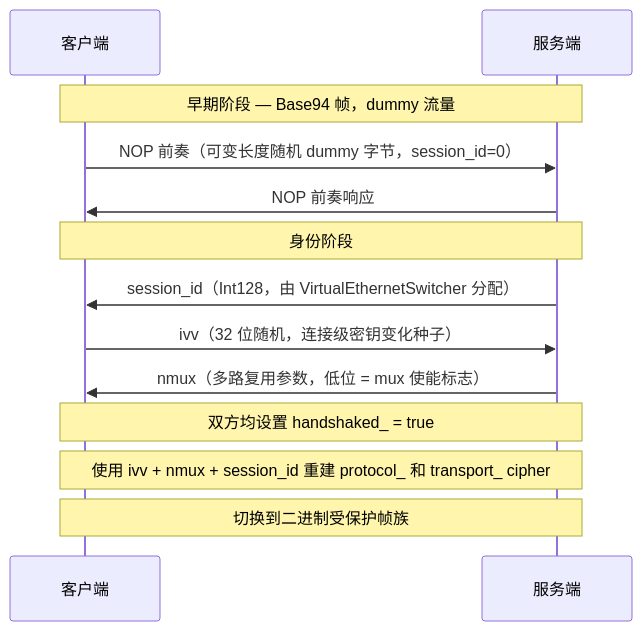
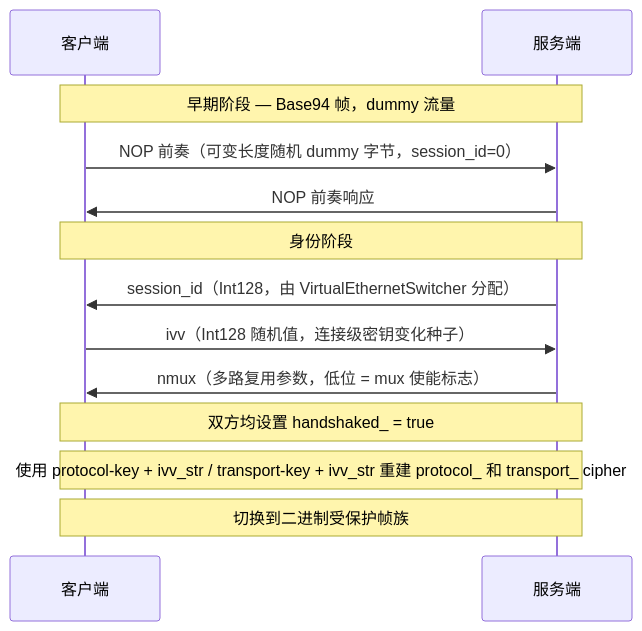
Before and after one commit to HyacinthHaru/openppp2: the third of 7 diagrams in docs/SECURITY_CN.md, drawn with Mermaid. The commit also changed other lines of this file and 80 other files, not shown here.

````diff
--- a/docs/SECURITY_CN.md
+++ b/docs/SECURITY_CN.md
@@ -118,18 +118,18 @@
 ```mermaid
 sequenceDiagram
     participant C as 客户端
     participant S as 服务端
 
     Note over C,S: 早期阶段 — Base94 帧，dummy 流量
     C->>S: NOP 前奏（可变长度随机 dummy 字节，session_id=0）
     S->>C: NOP 前奏响应
 
     Note over C,S: 身份阶段
     S->>C: session_id（Int128，由 VirtualEthernetSwitcher 分配）
-    C->>S: ivv（32 位随机，连接级密钥变化种子）
+    C->>S: ivv（Int128 随机值，连接级密钥变化种子）
     S->>C: nmux（多路复用参数，低位 = mux 使能标志）
 
     Note over C,S: 双方均设置 handshaked_ = true
-    Note over C,S: 使用 ivv + nmux + session_id 重建 protocol_ 和 transport_ cipher
+    Note over C,S: 使用 protocol-key + ivv_str / transport-key + ivv_str 重建 protocol_ 和 transport_ cipher
     Note over C,S: 切换到二进制受保护帧族
 ```
````
